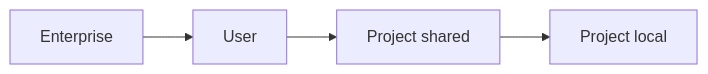
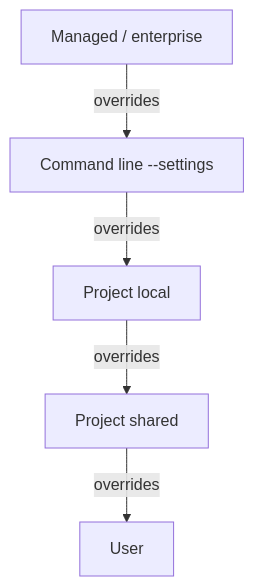
One commit to derob98/ailmanac changed the diagram in docs/claude-code/settings.mdx. Above: the diagram before and after it, drawn with Mermaid. The commit also changed other lines of this file and 13 other files, not shown here.

````diff
--- a/docs/claude-code/settings.mdx
+++ b/docs/claude-code/settings.mdx
@@ -24,4 +25,7 @@
 ```mermaid
-flowchart LR
-  E[Enterprise] --> U[User] --> P[Project shared] --> L[Project local]
+flowchart TB
+  M[Managed / enterprise] -->|overrides| C[Command line --settings]
+  C -->|overrides| L[Project local]
+  L -->|overrides| P[Project shared]
+  P -->|overrides| U[User]
 ```
````
